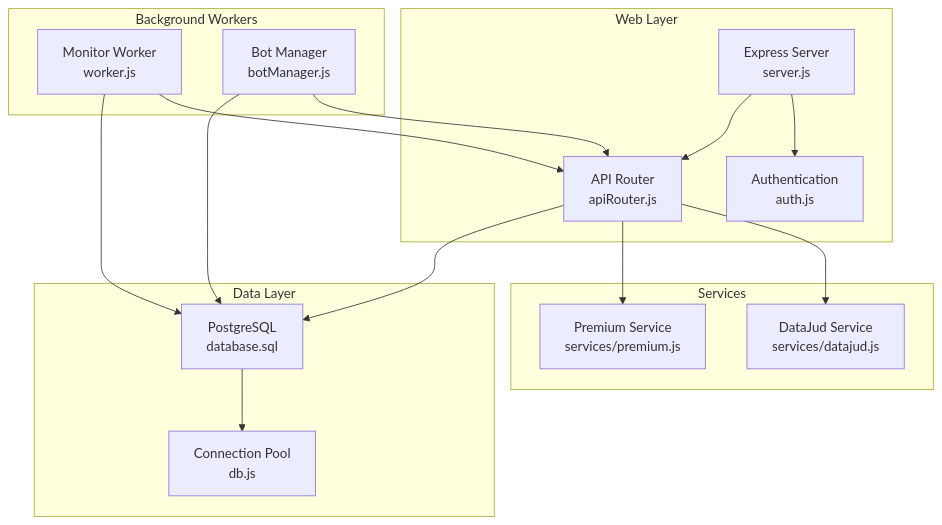
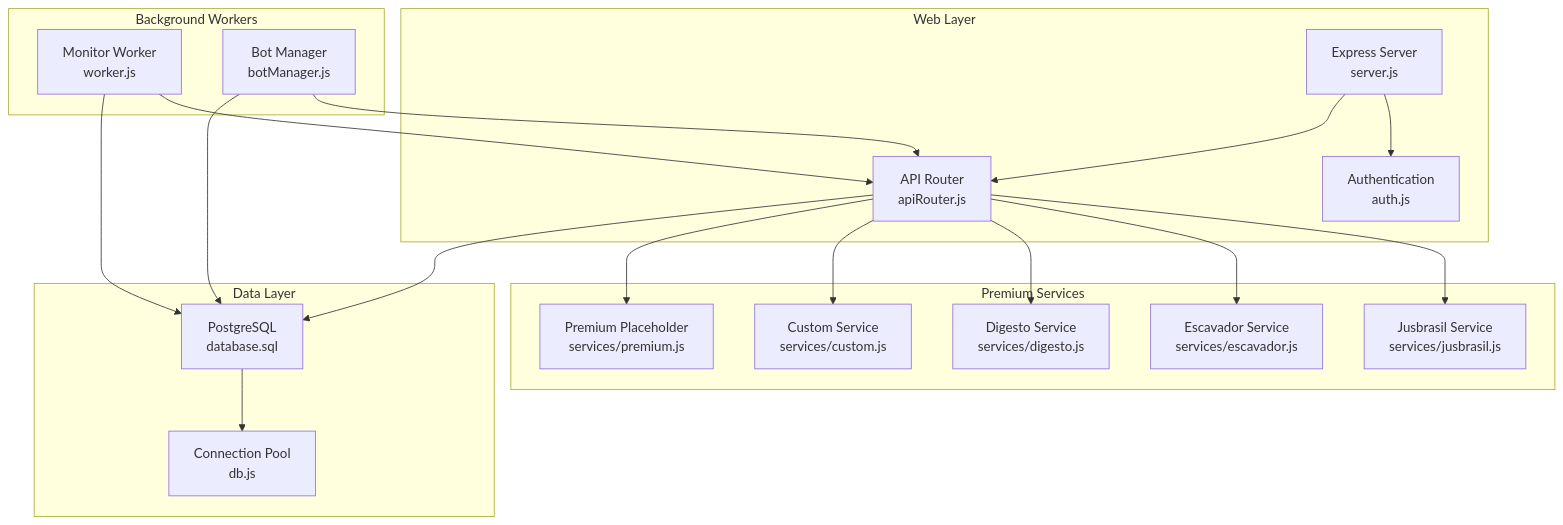
Before and after one commit to Alexandrexicara/bot-processos: the first of 19 diagrams in .qoder/repowiki/en/content/API Integration Layer/Premium Paid Service Integration.md, drawn with Mermaid. The commit also changed other lines of this file and 10 other files, not shown here.

````diff
--- a/.qoder/repowiki/en/content/API Integration Layer/Premium Paid Service Integration.md
+++ b/.qoder/repowiki/en/content/API Integration Layer/Premium Paid Service Integration.md
@@ -48,30 +66,36 @@
 ```mermaid
 graph TB
 subgraph "Web Layer"
 Server["Express Server<br/>server.js"]
 Auth["Authentication<br/>auth.js"]
 Router["API Router<br/>apiRouter.js"]
 end
-subgraph "Services"
-DataJud["DataJud Service<br/>services/datajud.js"]
-Premium["Premium Service<br/>services/premium.js"]
+subgraph "Premium Services"
+Jusbrasil["Jusbrasil Service<br/>services/jusbrasil.js"]
+Escavador["Escavador Service<br/>services/escavador.js"]
+Digesto["Digesto Service<br/>services/digesto.js"]
+Custom["Custom Service<br/>services/custom.js"]
+Premium["Premium Placeholder<br/>services/premium.js"]
 end
 subgraph "Background Workers"
 Worker["Monitor Worker<br/>worker.js"]
 BotMgr["Bot Manager<br/>botManager.js"]
 end
 subgraph "Data Layer"
 DB["PostgreSQL<br/>database.sql"]
 Pool["Connection Pool<br/>db.js"]
 end
 Server --> Auth
 Server --> Router
-Router --> DataJud
+Router --> Jusbrasil
+Router --> Escavador
+Router --> Digesto
+Router --> Custom
 Router --> Premium
 Worker --> Router
 BotMgr --> Router
 Router --> DB
 Worker --> DB
 BotMgr --> DB
 DB --> Pool
 ```
````
